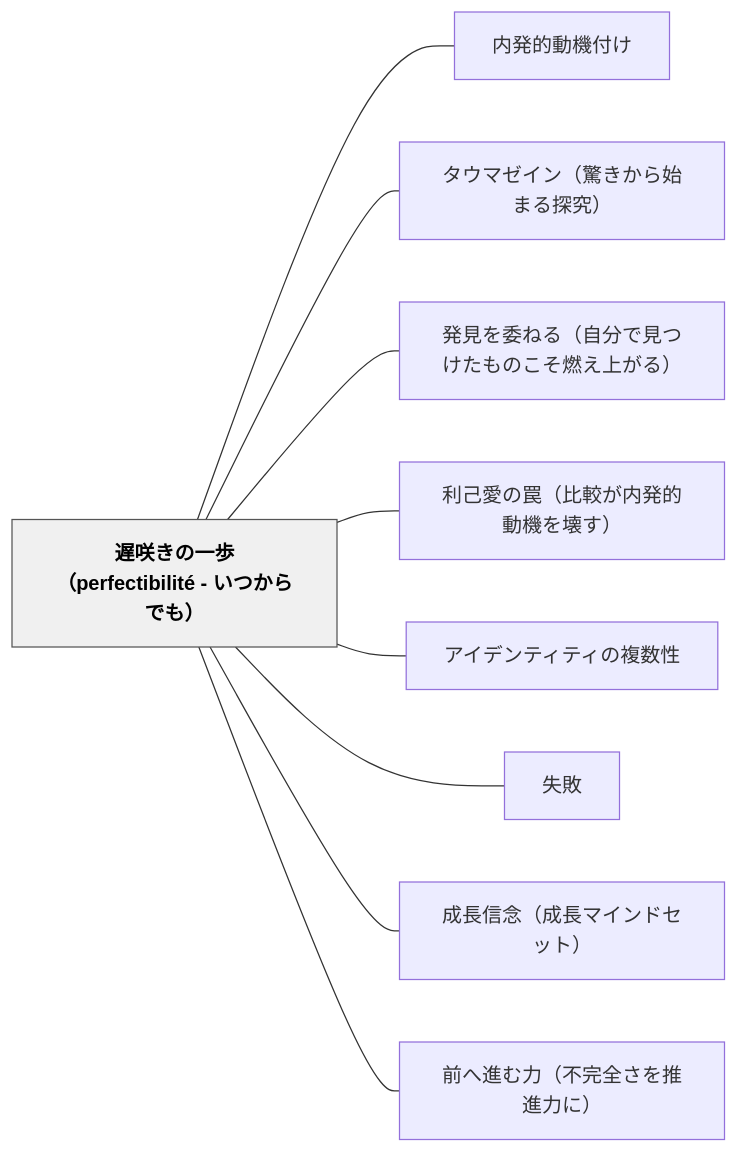
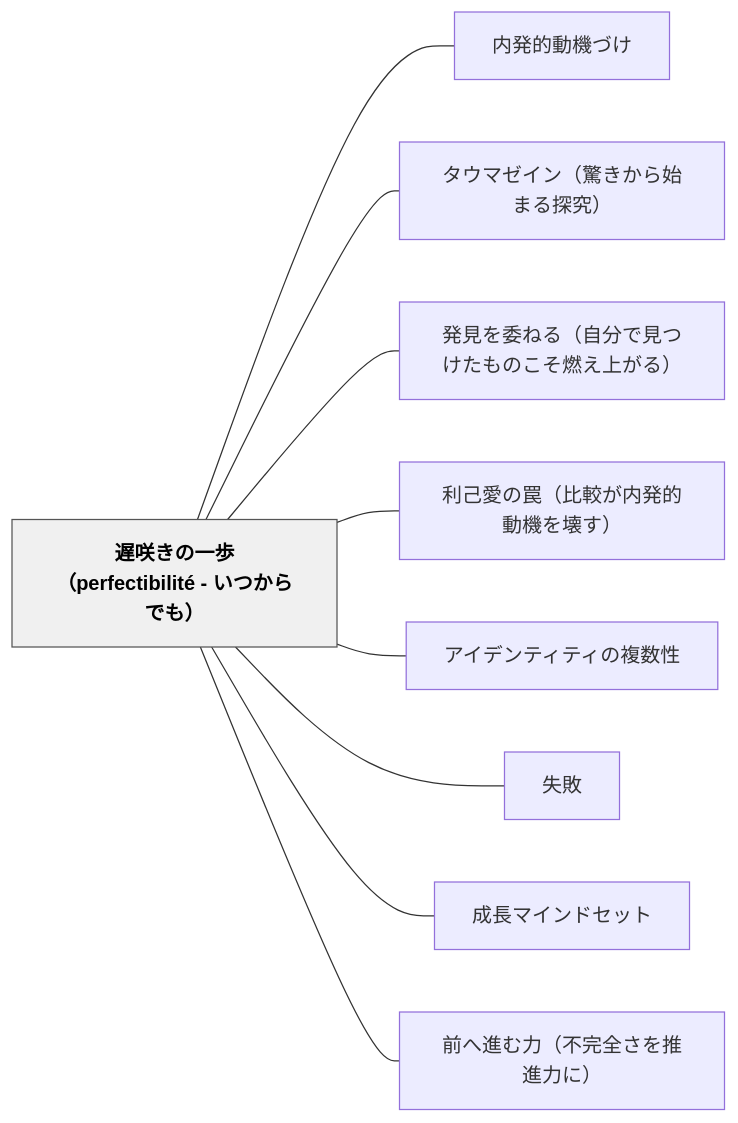
The diagram in content/パタン/遅咲きの一歩（perfectibilité - いつからでも）.md (unknownthings-ed-patterns/unknownthings-ed-patterns), drawn with Mermaid before and after one commit. The commit also changed other lines of this file and 234 other files, not shown here.

````diff
--- a/content/パタン/遅咲きの一歩（perfectibilité - いつからでも）.md
+++ b/content/パタン/遅咲きの一歩（perfectibilité - いつからでも）.md
@@ -154,24 +154,24 @@
 ```mermaid
 flowchart LR
     ne98185e592b2e3818de381aee4b880e6ada9efbc88706572666563746962696c6974c3a9202d20e38184e381a4e3818be38289e381a7e38282efbc89["遅咲きの一歩（perfectibilité - いつからでも）"]
-    ne58685e799bae79a84e58b95e6a99fe4bb98e38191["内発的動機付け"]
+    ne58685e799bae79a84e58b95e6a99fe381a5e38191["内発的動機づけ"]
     ne382bfe382a6e3839ee382bce382a4e383b3efbc88e9a99ae3818de3818be38289e5a78be381bee3828be68ea2e7a9b6efbc89["タウマゼイン（驚きから始まる探究）"]
     ne799bae8a68be38292e5a794e381ade3828befbc88e887aae58886e381a7e8a68be381a4e38191e3819fe38282e381aee38193e3819de78783e38188e4b88ae3818ce3828befbc89["発見を委ねる（自分で見つけたものこそ燃え上がる）"]
     ne588a9e5b7b1e6849be381aee7bda0efbc88e6af94e8bc83e3818ce58685e799bae79a84e58b95e6a99fe38292e5a38ae38199efbc89["利己愛の罠（比較が内発的動機を壊す）"]
     ne382a2e382a4e38387e383b3e38386e382a3e38386e382a3e381aee8a487e695b0e680a7["アイデンティティの複数性"]
     ne5a4b1e69597["失敗"]
-    ne68890e995b7e4bfa1e5bfb5efbc88e68890e995b7e3839ee382a4e383b3e38389e382bbe38383e38388efbc89["成長信念（成長マインドセット）"]
+    ne68890e995b7e3839ee382a4e383b3e38389e382bbe38383e38388["成長マインドセット"]
     ne5898de381b8e980b2e38280e58a9befbc88e4b88de5ae8ce585a8e38195e38292e68ea8e980b2e58a9be381abefbc89["前へ進む力（不完全さを推進力に）"]
 
-    ne98185e592b2e3818de381aee4b880e6ada9efbc88706572666563746962696c6974c3a9202d20e38184e381a4e3818be38289e381a7e38282efbc89 --- ne58685e799bae79a84e58b95e6a99fe4bb98e38191
+    ne98185e592b2e3818de381aee4b880e6ada9efbc88706572666563746962696c6974c3a9202d20e38184e381a4e3818be38289e381a7e38282efbc89 --- ne58685e799bae79a84e58b95e6a99fe381a5e38191
     ne98185e592b2e3818de381aee4b880e6ada9efbc88706572666563746962696c6974c3a9202d20e38184e381a4e3818be38289e381a7e38282efbc89 --- ne382bfe382a6e3839ee382bce382a4e383b3efbc88e9a99ae3818de3818be38289e5a78be381bee3828be68ea2e7a9b6efbc89
     ne98185e592b2e3818de381aee4b880e6ada9efbc88706572666563746962696c6974c3a9202d20e38184e381a4e3818be38289e381a7e38282efbc89 --- ne799bae8a68be38292e5a794e381ade3828befbc88e887aae58886e381a7e8a68be381a4e38191e3819fe38282e381aee38193e3819de78783e38188e4b88ae3818ce3828befbc89
     ne98185e592b2e3818de381aee4b880e6ada9efbc88706572666563746962696c6974c3a9202d20e38184e381a4e3818be38289e381a7e38282efbc89 --- ne588a9e5b7b1e6849be381aee7bda0efbc88e6af94e8bc83e3818ce58685e799bae79a84e58b95e6a99fe38292e5a38ae38199efbc89
     ne98185e592b2e3818de381aee4b880e6ada9efbc88706572666563746962696c6974c3a9202d20e38184e381a4e3818be38289e381a7e38282efbc89 --- ne382a2e382a4e38387e383b3e38386e382a3e38386e382a3e381aee8a487e695b0e680a7
     ne98185e592b2e3818de381aee4b880e6ada9efbc88706572666563746962696c6974c3a9202d20e38184e381a4e3818be38289e381a7e38282efbc89 --- ne5a4b1e69597
-    ne98185e592b2e3818de381aee4b880e6ada9efbc88706572666563746962696c6974c3a9202d20e38184e381a4e3818be38289e381a7e38282efbc89 --- ne68890e995b7e4bfa1e5bfb5efbc88e68890e995b7e3839ee382a4e383b3e38389e382bbe38383e38388efbc89
+    ne98185e592b2e3818de381aee4b880e6ada9efbc88706572666563746962696c6974c3a9202d20e38184e381a4e3818be38289e381a7e38282efbc89 --- ne68890e995b7e3839ee382a4e383b3e38389e382bbe38383e38388
     ne98185e592b2e3818de381aee4b880e6ada9efbc88706572666563746962696c6974c3a9202d20e38184e381a4e3818be38289e381a7e38282efbc89 --- ne5898de381b8e980b2e38280e58a9befbc88e4b88de5ae8ce585a8e38195e38292e68ea8e980b2e58a9be381abefbc89
 
     classDef hub fill:#f0f0f0,stroke:#555,color:#000,font-weight:bold
     class ne98185e592b2e3818de381aee4b880e6ada9efbc88706572666563746962696c6974c3a9202d20e38184e381a4e3818be38289e381a7e38282efbc89 hub
 ```
````
